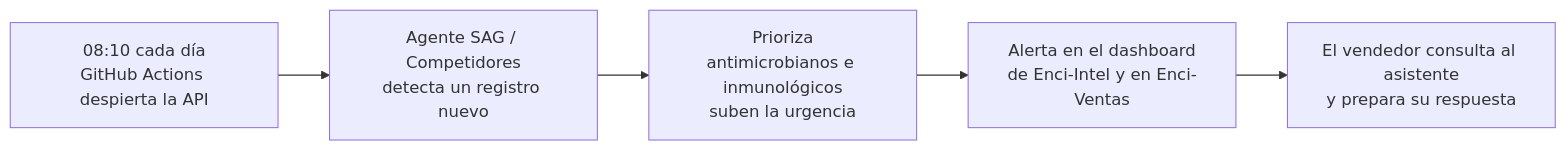
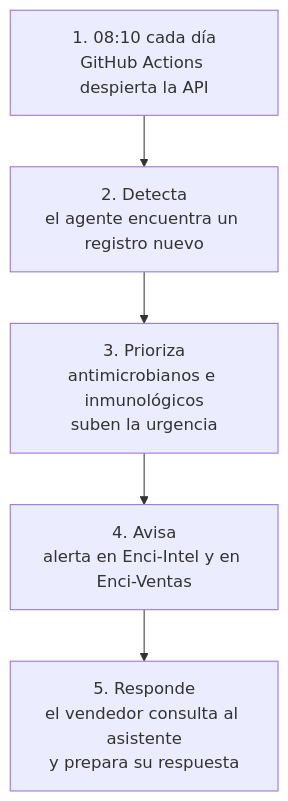
The first of 2 diagrams in README.md (Pipo9308/Proyecto-Capstone), drawn with Mermaid before and after one commit.

Commit message:
Diagrama del caso de uso en vertical para que no lo tape el zoom de GitHub
Claude-Session: https://claude.ai/code/session_0117XywDoVKWQG3LpQqgduUC

````diff
--- a/README.md
+++ b/README.md
@@ -37,7 +37,7 @@
 ```mermaid
-flowchart LR
-    A["08:10 cada día<br/>GitHub Actions despierta la API"] --> B["Agente SAG / Competidores<br/>detecta un registro nuevo"]
-    B --> C["Prioriza<br/>antimicrobianos e inmunológicos<br/>suben la urgencia"]
-    C --> D["Alerta en el dashboard<br/>de Enci-Intel y en Enci-Ventas"]
-    D --> E["El vendedor consulta al asistente<br/>y prepara su respuesta"]
+flowchart TB
+    A["1. 08:10 cada día<br/>GitHub Actions despierta la API"] --> B["2. Detecta<br/>el agente encuentra un registro nuevo"]
+    B --> C["3. Prioriza<br/>antimicrobianos e inmunológicos<br/>suben la urgencia"]
+    C --> D["4. Avisa<br/>alerta en Enci-Intel y en Enci-Ventas"]
+    D --> E["5. Responde<br/>el vendedor consulta al asistente<br/>y prepara su respuesta"]
 ```
````
